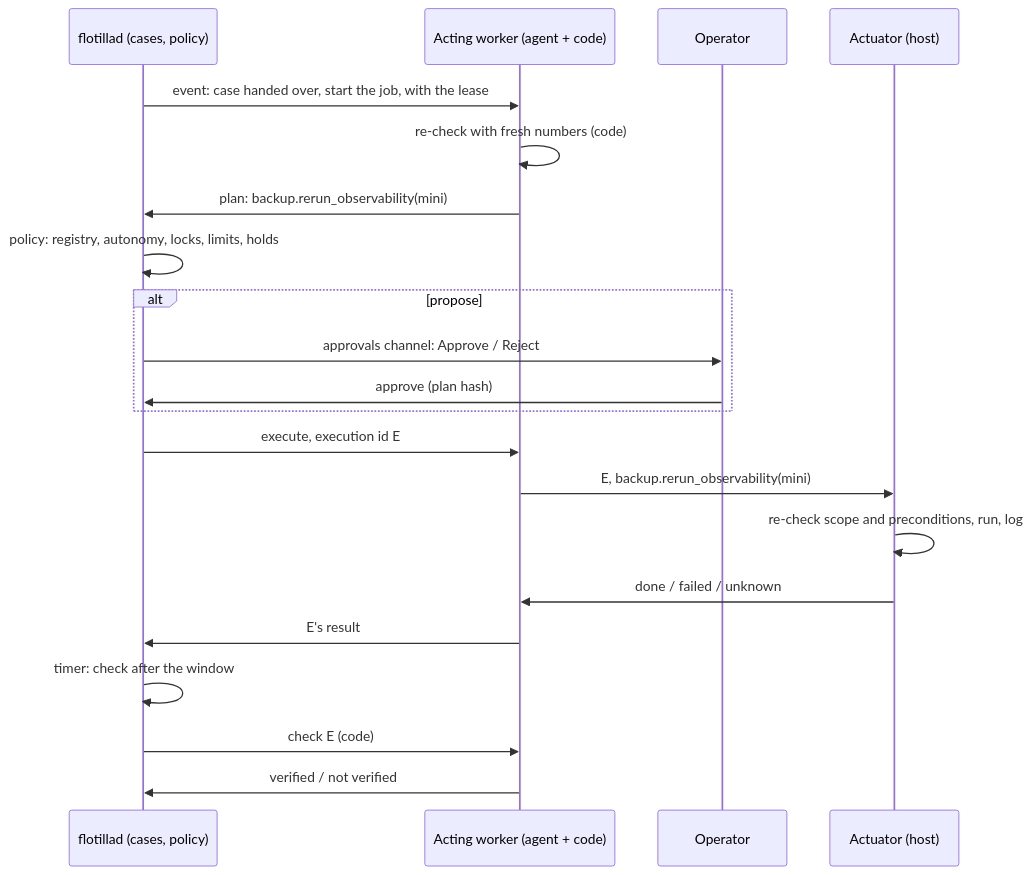
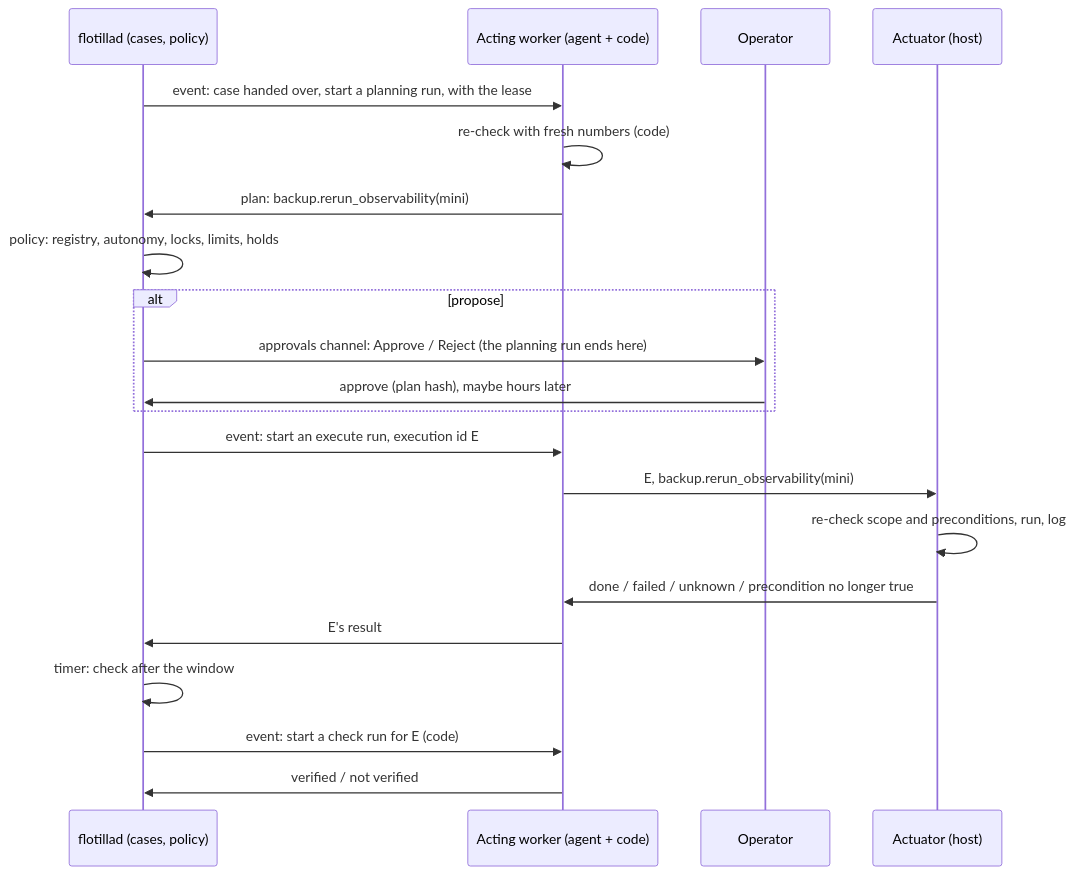
One commit to chipi/flotilla changed the fourth of 7 diagrams in docs/rfc/RFC-0004-agent-pipeline.md. Above: the diagram before and after it, drawn with Mermaid. The commit also changed other lines of this file, not shown here.

````diff
--- a/docs/rfc/RFC-0004-agent-pipeline.md
+++ b/docs/rfc/RFC-0004-agent-pipeline.md
@@ -347,23 +376,23 @@
 ```mermaid
 sequenceDiagram
     participant F as flotillad (cases, policy)
     participant A as Acting worker (agent + code)
     participant Op as Operator
     participant X as Actuator (host)
-    F->>A: event: case handed over, start the job, with the lease
+    F->>A: event: case handed over, start a planning run, with the lease
     A->>A: re-check with fresh numbers (code)
     A->>F: plan: backup.rerun_observability(mini)
     F->>F: policy: registry, autonomy, locks, limits, holds
     alt propose
-        F->>Op: approvals channel: Approve / Reject
-        Op->>F: approve (plan hash)
+        F->>Op: approvals channel: Approve / Reject (the planning run ends here)
+        Op->>F: approve (plan hash), maybe hours later
     end
-    F->>A: execute, execution id E
+    F->>A: event: start an execute run, execution id E
     A->>X: E, backup.rerun_observability(mini)
     X->>X: re-check scope and preconditions, run, log
-    X->>A: done / failed / unknown
+    X->>A: done / failed / unknown / precondition no longer true
     A->>F: E's result
     F->>F: timer: check after the window
-    F->>A: check E (code)
+    F->>A: event: start a check run for E (code)
     A->>F: verified / not verified
 ```
````
